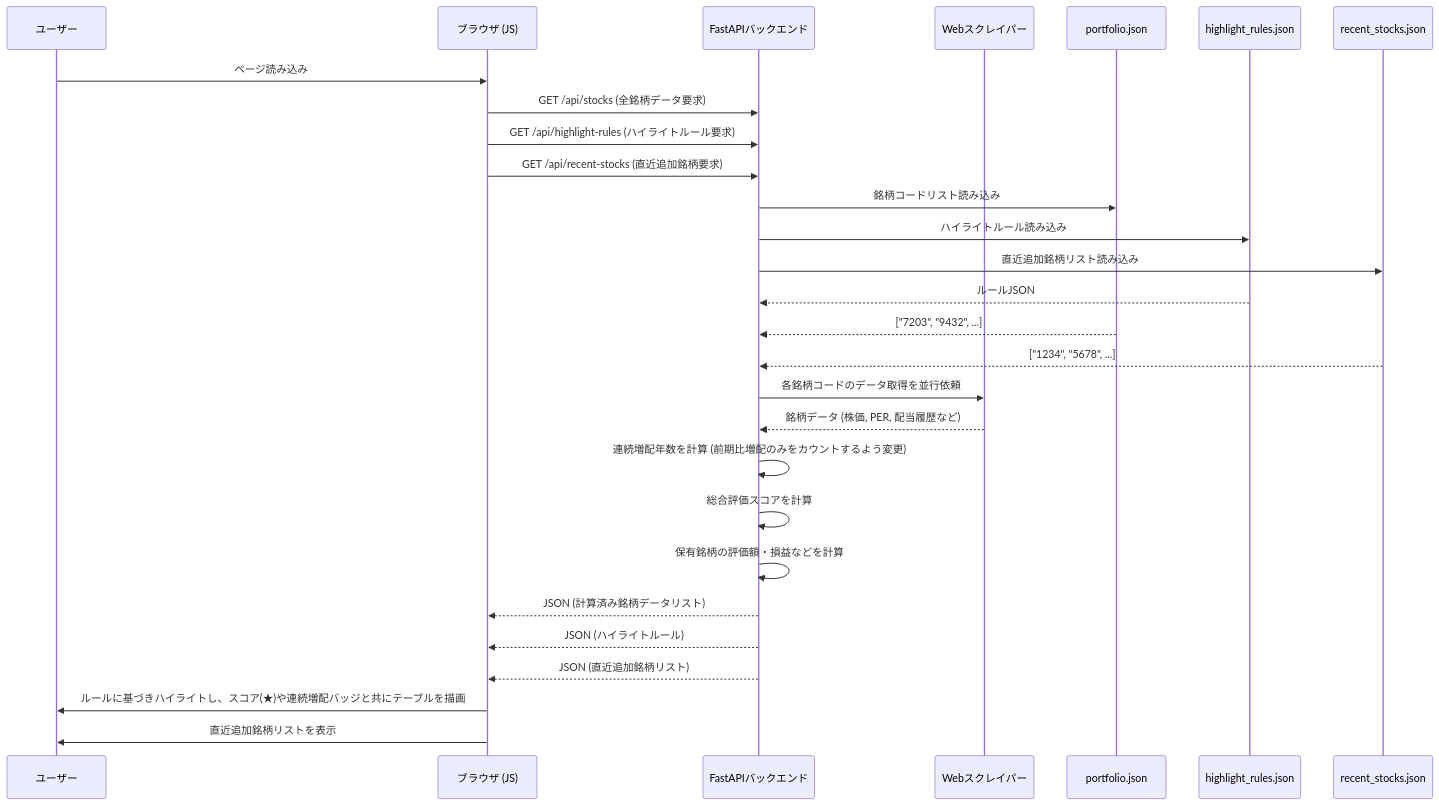
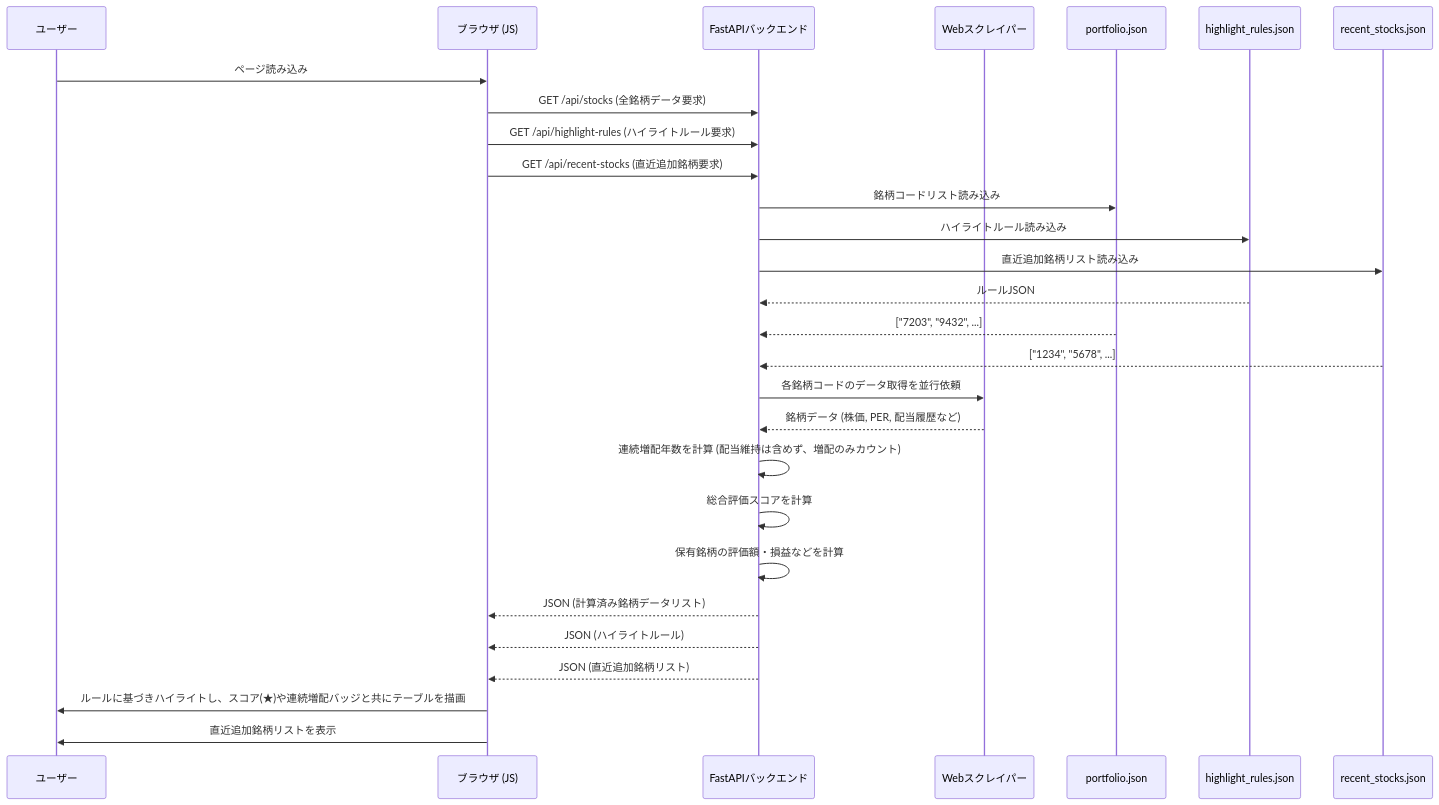
Before and after one commit to ymkge/jp-stock-portfolio-app: the first of 3 diagrams in README.md, drawn with Mermaid. The commit also changed other lines of this file, not shown here.

````diff
--- a/README.md
+++ b/README.md
@@ -76,35 +76,35 @@
 ```mermaid
 sequenceDiagram
     participant User as ユーザー
     participant Browser as ブラウザ (JS)
     participant API as FastAPIバックエンド
     participant Scraper as Webスクレイパー
     participant Portfolio as portfolio.json
     participant Rules as highlight_rules.json
     participant RecentStocks as recent_stocks.json
 
     User->>Browser: ページ読み込み
     Browser->>API: GET /api/stocks (全銘柄データ要求)
     Browser->>API: GET /api/highlight-rules (ハイライトルール要求)
     Browser->>API: GET /api/recent-stocks (直近追加銘柄要求)
     
     API->>Portfolio: 銘柄コードリスト読み込み
     API->>Rules: ハイライトルール読み込み
     API->>RecentStocks: 直近追加銘柄リスト読み込み
     Rules-->>API: ルールJSON
     Portfolio-->>API: ["7203", "9432", ...]
     RecentStocks-->>API: ["1234", "5678", ...]
     
     API->>Scraper: 各銘柄コードのデータ取得を並行依頼
     Scraper-->>API: 銘柄データ (株価, PER, 配当履歴など)
     
-    API->>API: 連続増配年数を計算 (前期比増配のみをカウントするよう変更)
+    API->>API: 連続増配年数を計算 (配当維持は含めず、増配のみカウント)
     API->>API: 総合評価スコアを計算
     API->>API: 保有銘柄の評価額・損益などを計算
     API-->>Browser: JSON (計算済み銘柄データリスト)
     API-->>Browser: JSON (ハイライトルール)
     API-->>Browser: JSON (直近追加銘柄リスト)
     
     Browser->>User: ルールに基づきハイライトし、スコア(★)や連続増配バッジと共にテーブルを描画
     Browser->>User: 直近追加銘柄リストを表示
 ```
````
